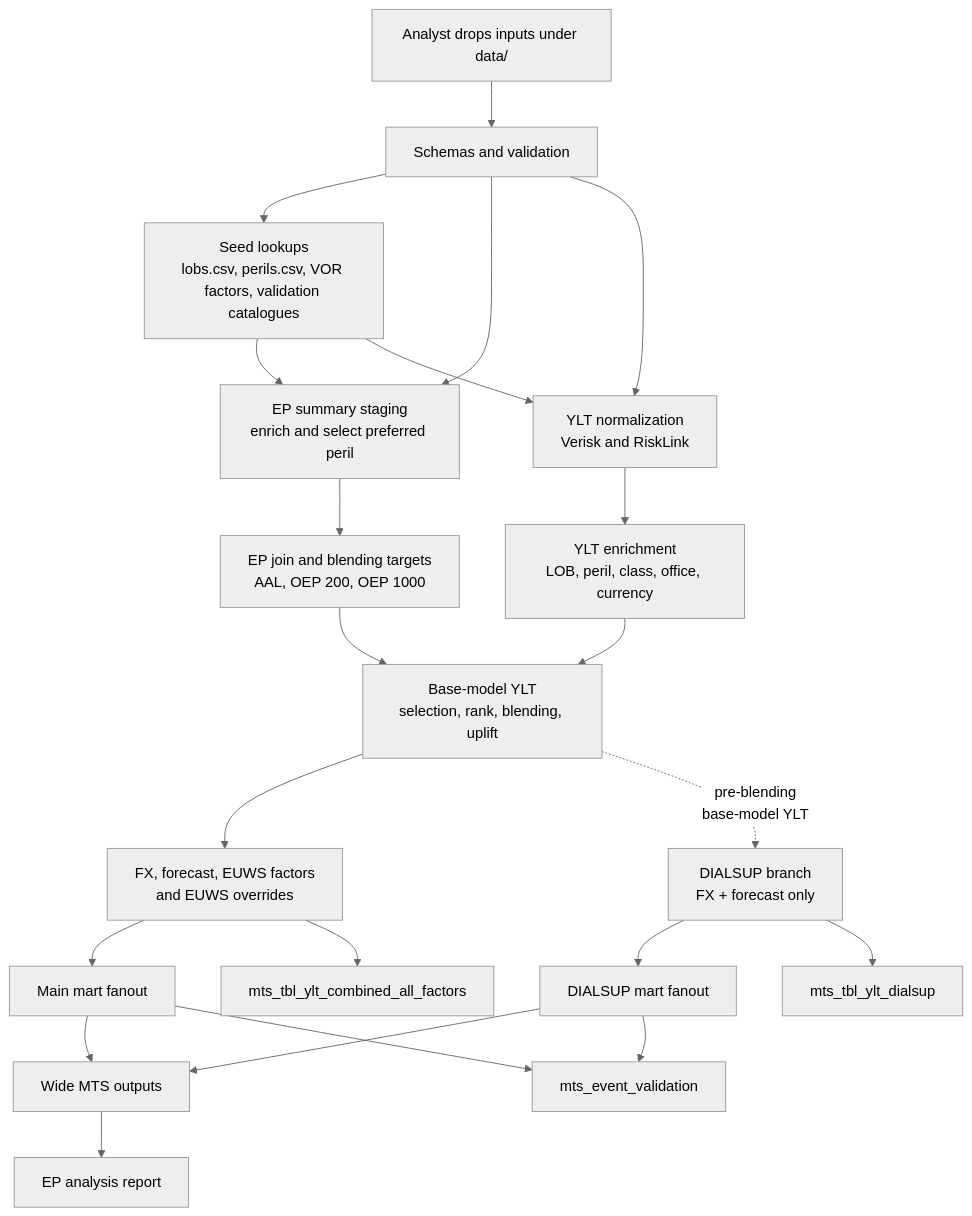
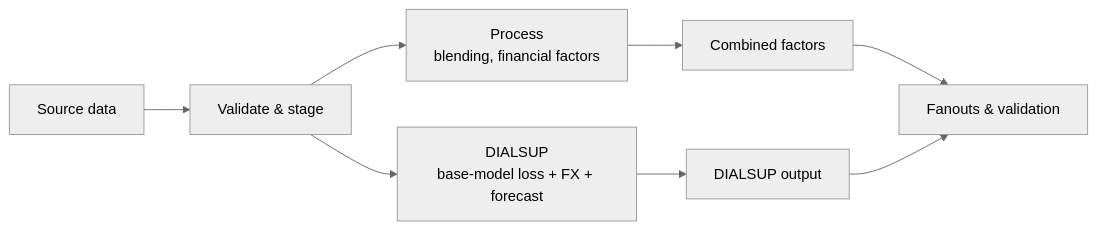
Before and after one commit to richardrh/rollup-dbt: the diagram in docs/architecture.md, drawn with Mermaid (neutral theme). The commit also changed other lines of this file and 12 other files, not shown here.

````diff
--- a/docs/architecture.md
+++ b/docs/architecture.md
@@ -10,24 +10,10 @@
 ```mermaid
-flowchart TD
-  A[Analyst drops inputs under data/] --> B[Schemas and validation]
-  B --> C[Seed lookups\nlobs.csv, perils.csv, VOR factors, validation catalogues]
-  B --> D[EP summary staging\nenrich and select preferred peril]
-  B --> E[YLT normalization\nVerisk and RiskLink]
-  C --> D
-  C --> E
-  D --> F[EP join and blending targets\nAAL, OEP 200, OEP 1000]
-  E --> G[YLT enrichment\nLOB, peril, class, office, currency]
-  F --> H[Base-model YLT\nselection, rank, blending, uplift]
-  G --> H
-  H --> I[FX, forecast, EUWS factors\nand EUWS overrides]
-  H -.->|pre-blending\nbase-model YLT| J[DIALSUP branch\nFX + forecast only]
-  I --> K[Main mart fanout]
-  J --> L[DIALSUP mart fanout]
-  I --> O[mts_tbl_ylt_combined_all_factors]
-  J --> P[mts_tbl_ylt_dialsup]
-  K --> M[Wide MTS outputs]
-  L --> M
-  K --> N[mts_event_validation]
-  L --> N
-  M --> Q[EP analysis report]
+flowchart LR
+  A[Source data] --> B[Validate & stage]
+  B --> C[Process\nblending, financial factors]
+  B --> D[DIALSUP\nbase-model loss + FX + forecast]
+  C --> E[Combined factors]
+  D --> F[DIALSUP output]
+  E --> G[Fanouts & validation]
+  F --> G
 ```
````
